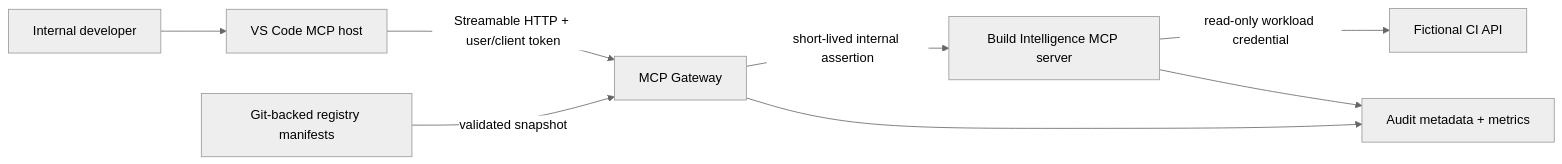
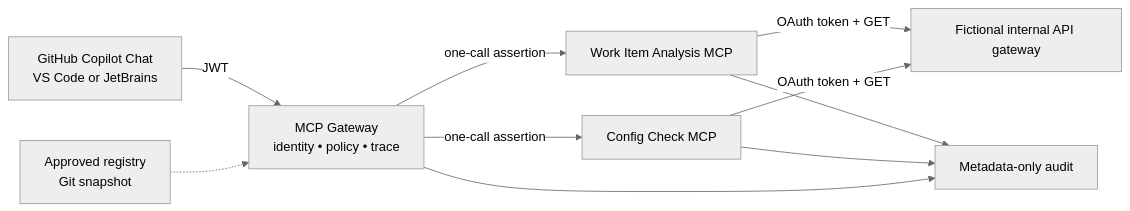
The diagram in Phase13_Enterprise_MCP_Ecosystem/README.md (bipinhcs11/Agentic-AI-Learning-Roadmap), drawn with Mermaid (neutral theme) before and after one commit. The commit also changed other lines of this file and 57 other files, not shown here.

````diff
--- a/Phase13_Enterprise_MCP_Ecosystem/README.md
+++ b/Phase13_Enterprise_MCP_Ecosystem/README.md
@@ -94,10 +56,12 @@
 ```mermaid
 flowchart LR
-    U["Internal developer"] --> V["VS Code MCP host"]
-    V -->|"Streamable HTTP + user/client token"| G["MCP Gateway"]
-    R["Git-backed registry manifests"] -->|"validated snapshot"| G
-    G -->|"short-lived internal assertion"| S["Build Intelligence MCP server"]
-    S -->|"read-only workload credential"| C["Fictional CI API"]
-    G --> O["Audit metadata + metrics"]
-    S --> O
+    C["GitHub Copilot Chat<br/>VS Code or JetBrains"] -->|"JWT"| G["MCP Gateway<br/>identity • policy • trace"]
+    R["Approved registry<br/>Git snapshot"] -.-> G
+    G -->|"one-call assertion"| W["Work Item Analysis MCP"]
+    G -->|"one-call assertion"| X["Config Check MCP"]
+    W -->|"OAuth token + GET"| A["Fictional internal API gateway"]
+    X -->|"OAuth token + GET"| A
+    W --> O["Metadata-only audit"]
+    X --> O
+    G --> O
 ```
````
